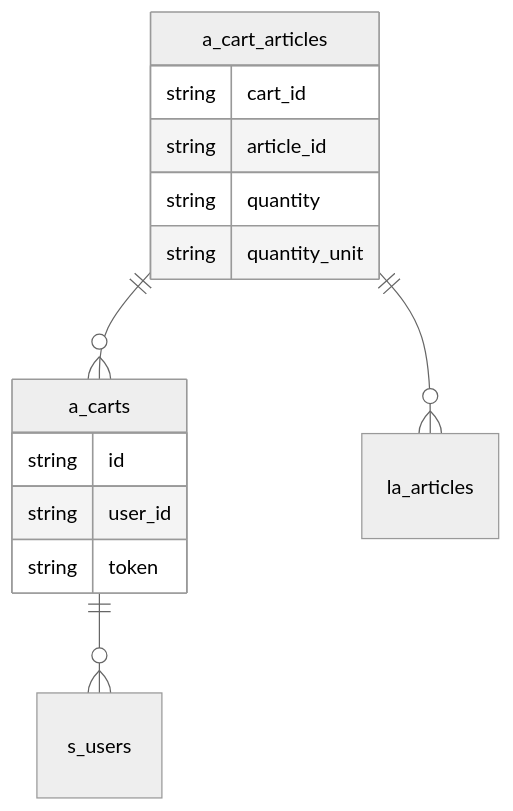
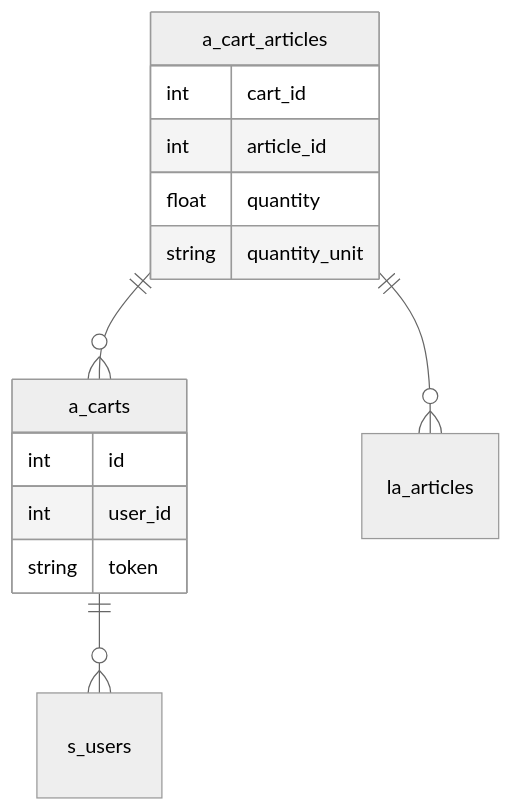
Before and after one commit to grey-dev-0/oaters: the diagram in docs/database/amethyst-diagram.md, drawn with Mermaid (neutral theme). The commit also changed 11 other files, not shown here.

````diff
--- a/docs/database/amethyst-diagram.md
+++ b/docs/database/amethyst-diagram.md
@@ -3,18 +3,18 @@
 ```mermaid
 erDiagram
     a_carts {
-        string id
-        string user_id
+        int id
+        int user_id
         string token
     }
     a_cart_articles {
-        string cart_id
-        string article_id
-        string quantity
+        int cart_id
+        int article_id
+        float quantity
         string quantity_unit
     }
     a_carts ||--o{ s_users : ""
     a_cart_articles ||--o{ a_carts : ""
     a_cart_articles ||--o{ la_articles : ""
 
 ```
````
